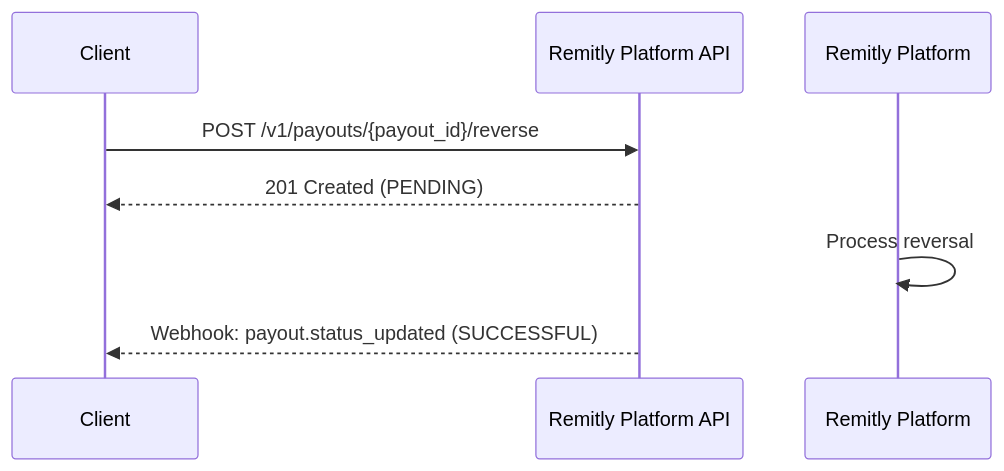
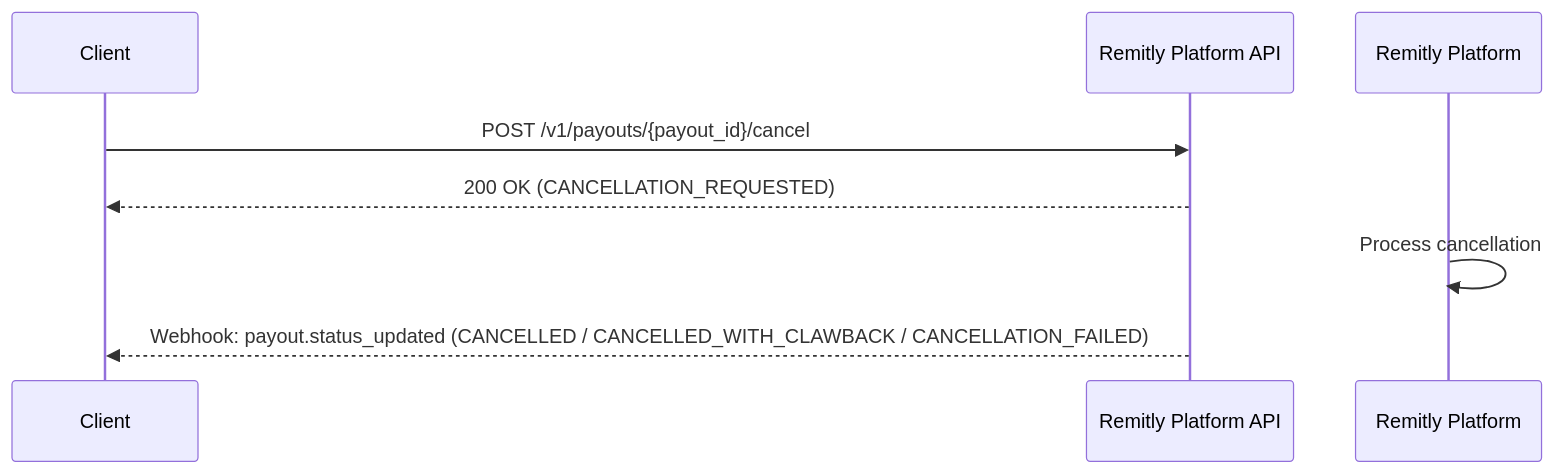
The third of 3 diagrams in website/docs/payouts/index.md (relyplat/relyplat.github.io), drawn with Mermaid before and after one commit. The commit also changed other lines of this file and 6 other files, not shown here.

Commit message:
Updated Payout reversal --> Cancel

````diff
--- a/website/docs/payouts/index.md
+++ b/website/docs/payouts/index.md
@@ -84,12 +82,12 @@
 ```mermaid
 sequenceDiagram
     participant Client
     participant Remitly Platform API
     participant Remitly Platform
 
-    Client->>Remitly Platform API: POST /v1/payouts/{payout_id}/reverse
-    Remitly Platform API-->>Client: 201 Created (PENDING)
+    Client->>Remitly Platform API: POST /v1/payouts/{payout_id}/cancel
+    Remitly Platform API-->>Client: 200 OK (CANCELLATION_REQUESTED)
 
-    Remitly Platform->>Remitly Platform: Process reversal
-    Remitly Platform API-->>Client: Webhook: payout.status_updated (SUCCESSFUL)
+    Remitly Platform->>Remitly Platform: Process cancellation
+    Remitly Platform API-->>Client: Webhook: payout.status_updated (CANCELLED / CANCELLED_WITH_CLAWBACK / CANCELLATION_FAILED)
 ```
````
